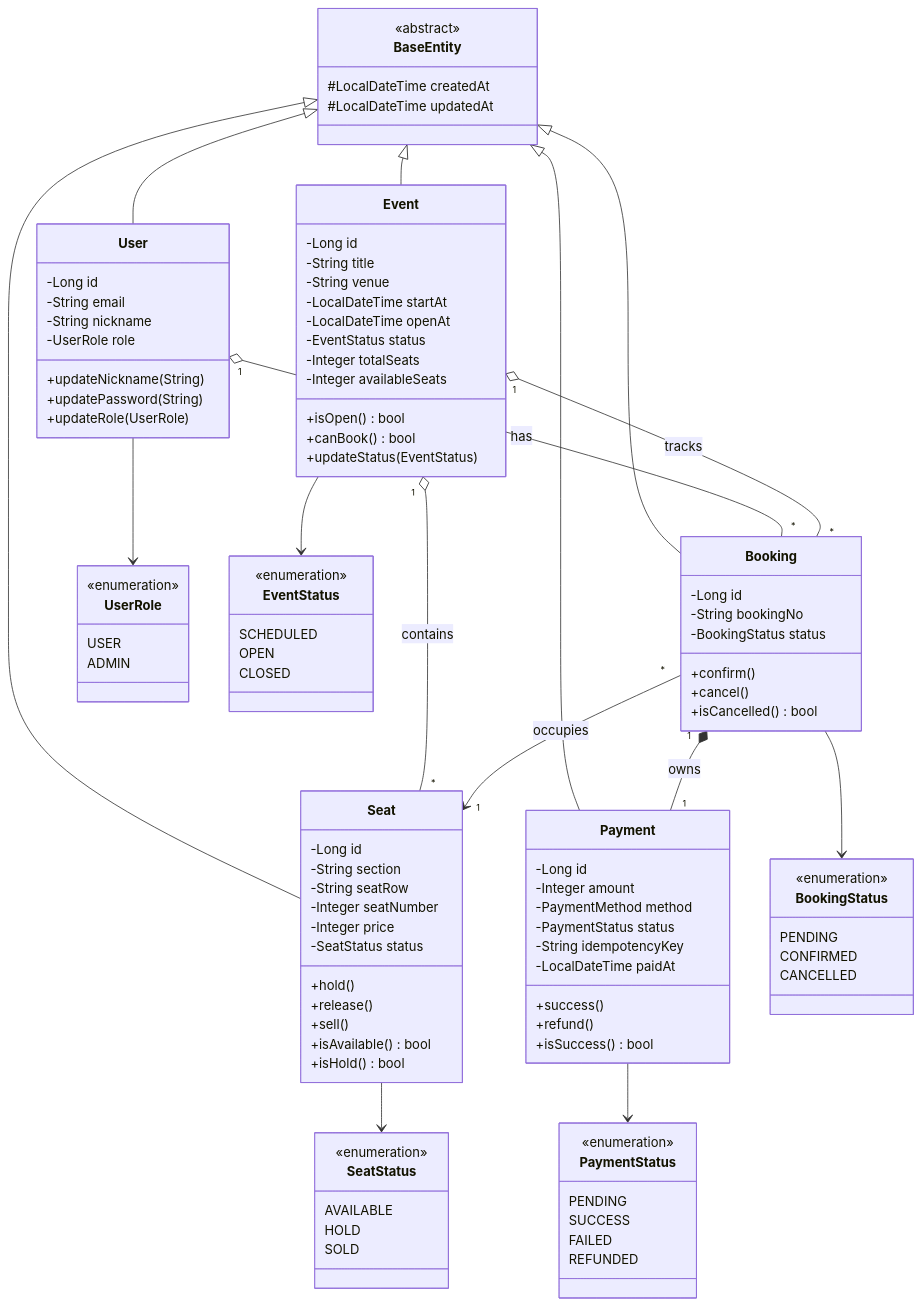
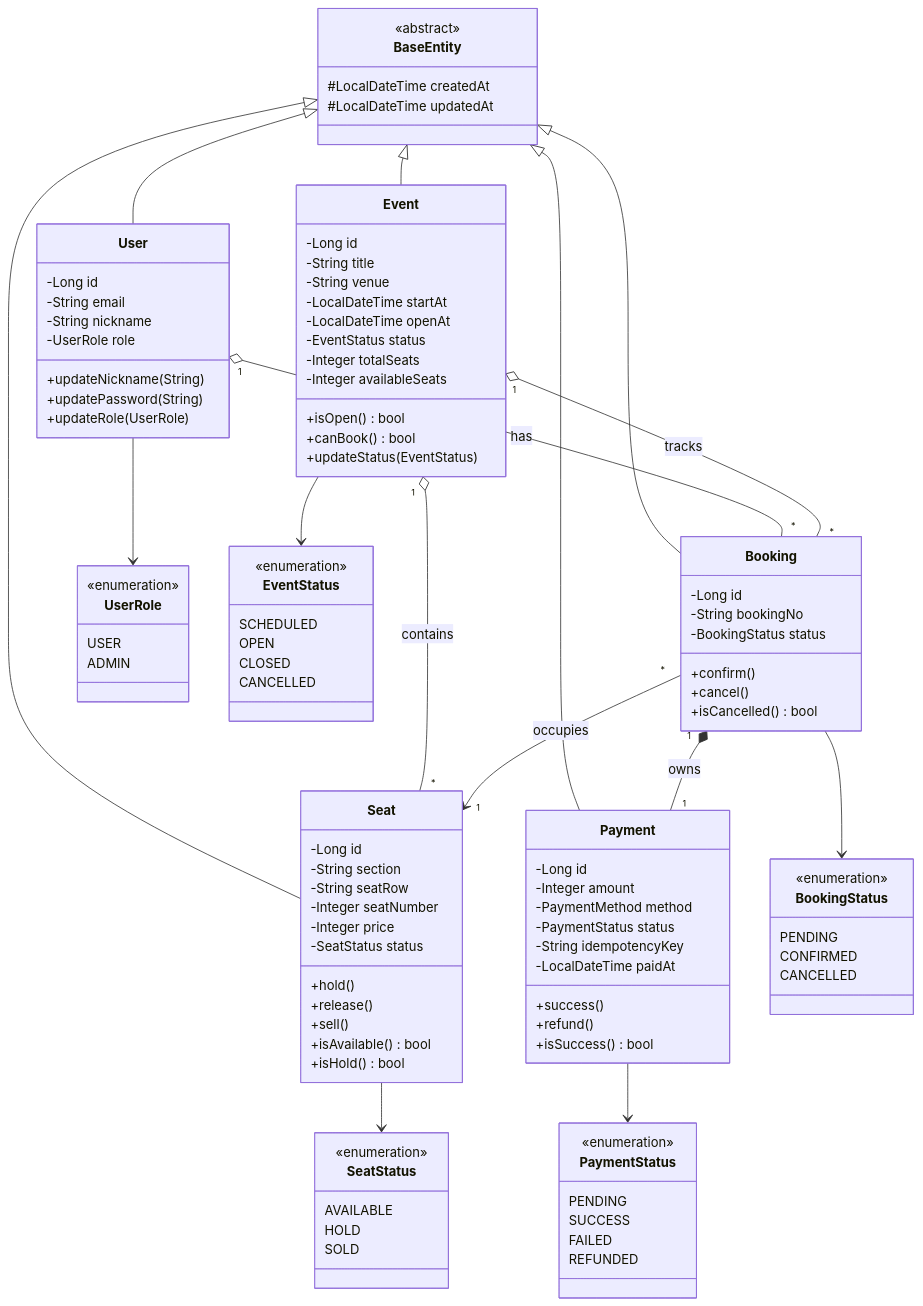
One commit to mercedes6115/ticketing-vibe changed the first of 3 diagrams in docs/class-diagram.md. Above: the diagram before and after it, drawn with Mermaid. The commit also changed other lines of this file and 6 other files, not shown here.

```diff
--- a/docs/class-diagram.md
+++ b/docs/class-diagram.md
@@ -84,6 +84,7 @@
         SCHEDULED
         OPEN
         CLOSED
+        CANCELLED
     }
 
     class SeatStatus {
```
